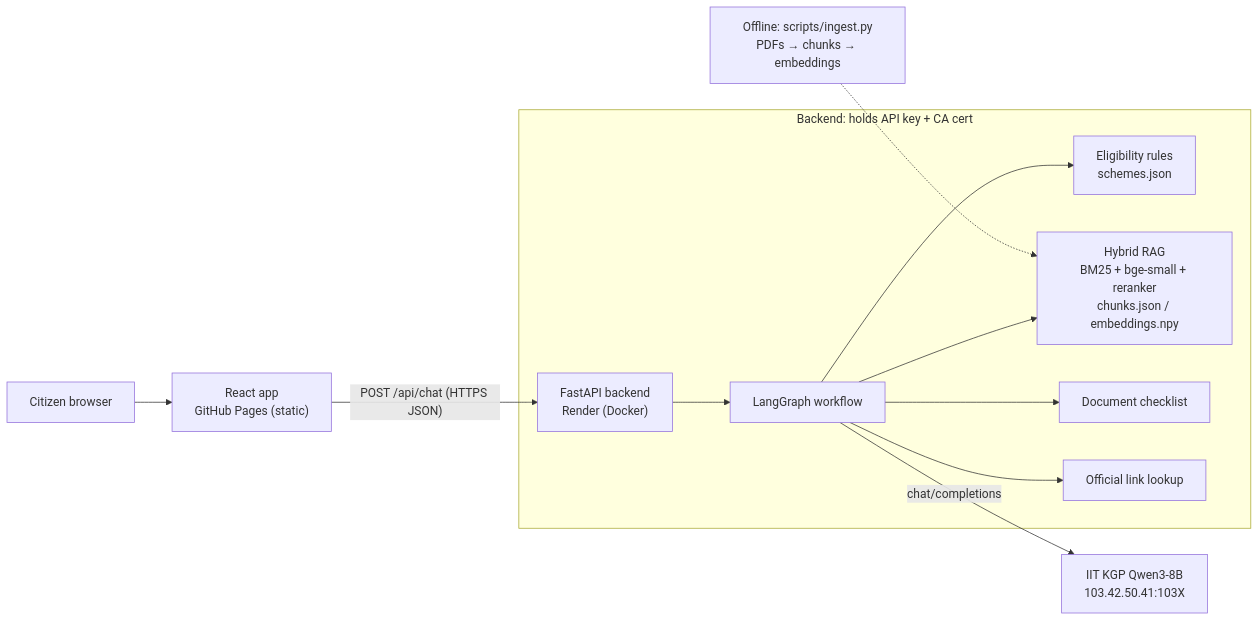
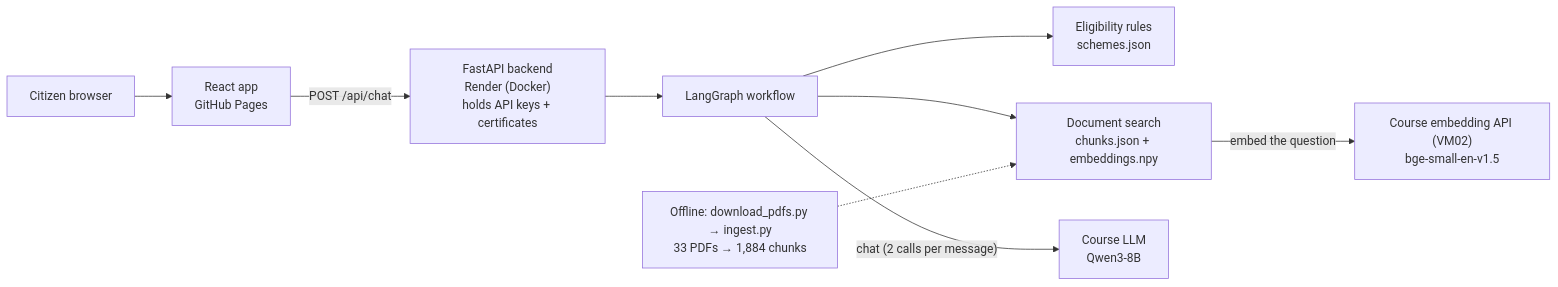
One commit to aakash-github/jansahayak changed the first of 2 diagrams in README.md. Above: the diagram before and after it, drawn with Mermaid. The commit also changed other lines of this file and 4 other files, not shown here.

Commit message:
Docs: new RAG and embeddings guide, retrieval eval script, refreshed README and .env.example

````diff
--- a/README.md
+++ b/README.md
@@ -9,14 +11,11 @@
 ```mermaid
 flowchart LR
-  U[Citizen browser] --> FE["React app<br/>GitHub Pages (static)"]
-  FE -- "POST /api/chat (HTTPS JSON)" --> BE["FastAPI backend<br/>Render (Docker)"]
-  subgraph BE_box [Backend: holds API key + CA cert]
-    BE --> G[LangGraph workflow]
-    G --> T1["Eligibility rules<br/>schemes.json"]
-    G --> T2["Hybrid RAG<br/>BM25 + bge-small + reranker<br/>chunks.json / embeddings.npy"]
-    G --> T3[Document checklist]
-    G --> T4[Official link lookup]
-  end
-  G -- "chat/completions" --> LLM["IIT KGP Qwen3-8B<br/>103.42.50.41:103X"]
-  P["Offline: scripts/ingest.py<br/>PDFs → chunks → embeddings"] -.-> T2
+  U[Citizen browser] --> FE["React app<br/>GitHub Pages"]
+  FE -- "POST /api/chat" --> BE["FastAPI backend<br/>Render (Docker)<br/>holds API keys + certificates"]
+  BE --> G[LangGraph workflow]
+  G --> T1["Eligibility rules<br/>schemes.json"]
+  G --> T2["Document search<br/>chunks.json + embeddings.npy"]
+  G -- "chat (2 calls per message)" --> LLM["Course LLM<br/>Qwen3-8B"]
+  T2 -- "embed the question" --> EMB["Course embedding API (VM02)<br/>bge-small-en-v1.5"]
+  P["Offline: download_pdfs.py → ingest.py<br/>33 PDFs → 1,884 chunks"] -.-> T2
 ```
````
